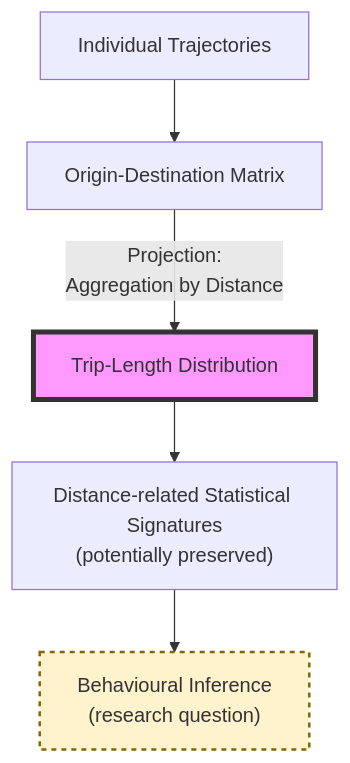
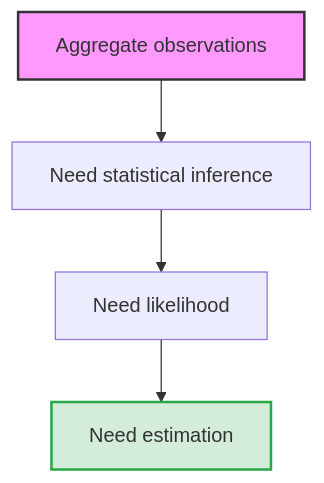
Before and after one commit to thinhnq-ibl/PCSF-TIM: the third of 4 diagrams in Handbook.md, drawn with Mermaid. The commit also changed other lines of this file, not shown here.

````diff
--- a/Handbook.md
+++ b/Handbook.md
@@ -181,10 +201,9 @@
 ```mermaid
 flowchart TD
-    A[Individual Trajectories] --> B[Origin-Destination Matrix]
-    B -->|"Projection:\nAggregation by Distance"| C[Trip-Length Distribution]
-    C --> D["Distance-related Statistical Signatures\n(potentially preserved)"]
-    D --> E["Behavioural Inference\n(research question)"]
-
-    style C fill:#f9f,stroke:#333,stroke-width:4px
-    style E fill:#fff3cd,stroke:#856404,stroke-width:2px,stroke-dasharray: 4 4
+    A[Aggregate observations] --> B[Need statistical inference]
+    B --> C[Need likelihood]
+    C --> D[Need estimation]
+    
+    style A fill:#f9f,stroke:#333,stroke-width:2px
+    style D fill:#d4edda,stroke:#28a745,stroke-width:2px
 ```
````
